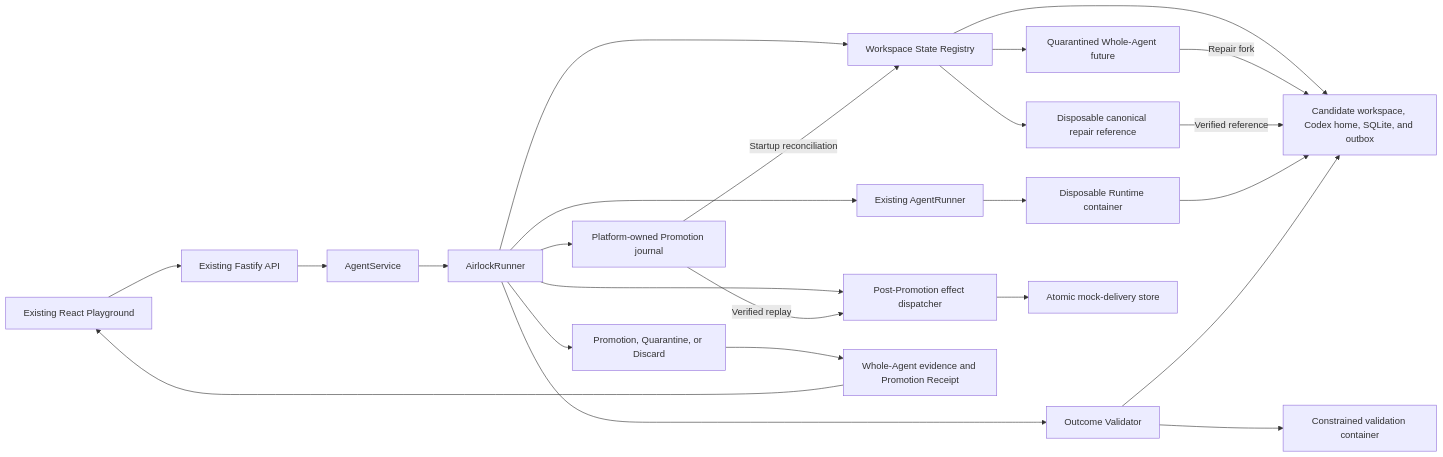
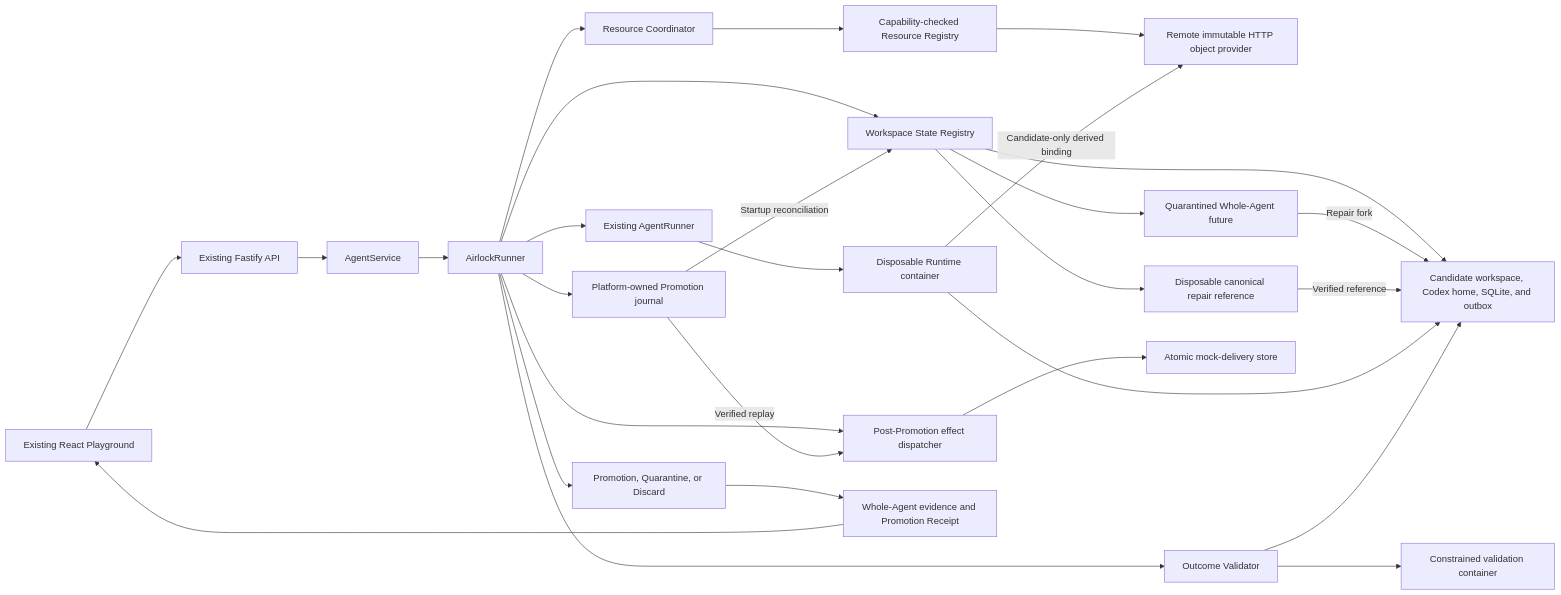
The first of 2 diagrams in docs/architecture/agent-airlock.md (Kk120306/agent-airlock), drawn with Mermaid before and after one commit. The commit also changed other lines of this file and 73 other files, not shown here.

````diff
--- a/docs/architecture/agent-airlock.md
+++ b/docs/architecture/agent-airlock.md
@@ -16,26 +16,30 @@
 ```mermaid
 flowchart LR
     UI["Existing React Playground"] --> API["Existing Fastify API"]
     API --> AS["AgentService"]
     AS --> AR["AirlockRunner"]
     AR --> PJ["Platform-owned Promotion journal"]
     AR --> SR["Workspace State Registry"]
+    AR --> RCO["Resource Coordinator"]
+    RCO --> RREG["Capability-checked Resource Registry"]
+    RREG --> HTTP["Remote immutable HTTP object provider"]
     SR --> CS["Candidate workspace, Codex home, SQLite, and outbox"]
     SR --> Q["Quarantined Whole-Agent future"]
     SR --> CR["Disposable canonical repair reference"]
     Q -->|Repair fork| CS
     CR -->|Verified reference| CS
     AR --> RR["Existing AgentRunner"]
     RR --> RC["Disposable Runtime container"]
     RC --> CS
+    RC -->|Candidate-only derived binding| HTTP
     AR --> VE["Outcome Validator"]
     AR --> ED["Post-Promotion effect dispatcher"]
     ED --> MS["Atomic mock-delivery store"]
     VE --> VC["Constrained validation container"]
     VE --> CS
     AR --> PR["Promotion, Quarantine, or Discard"]
     PR --> ST["Whole-Agent evidence and Promotion Receipt"]
     ST --> UI
     PJ -->|Startup reconciliation| SR
     PJ -->|Verified replay| ED
 ```
````
